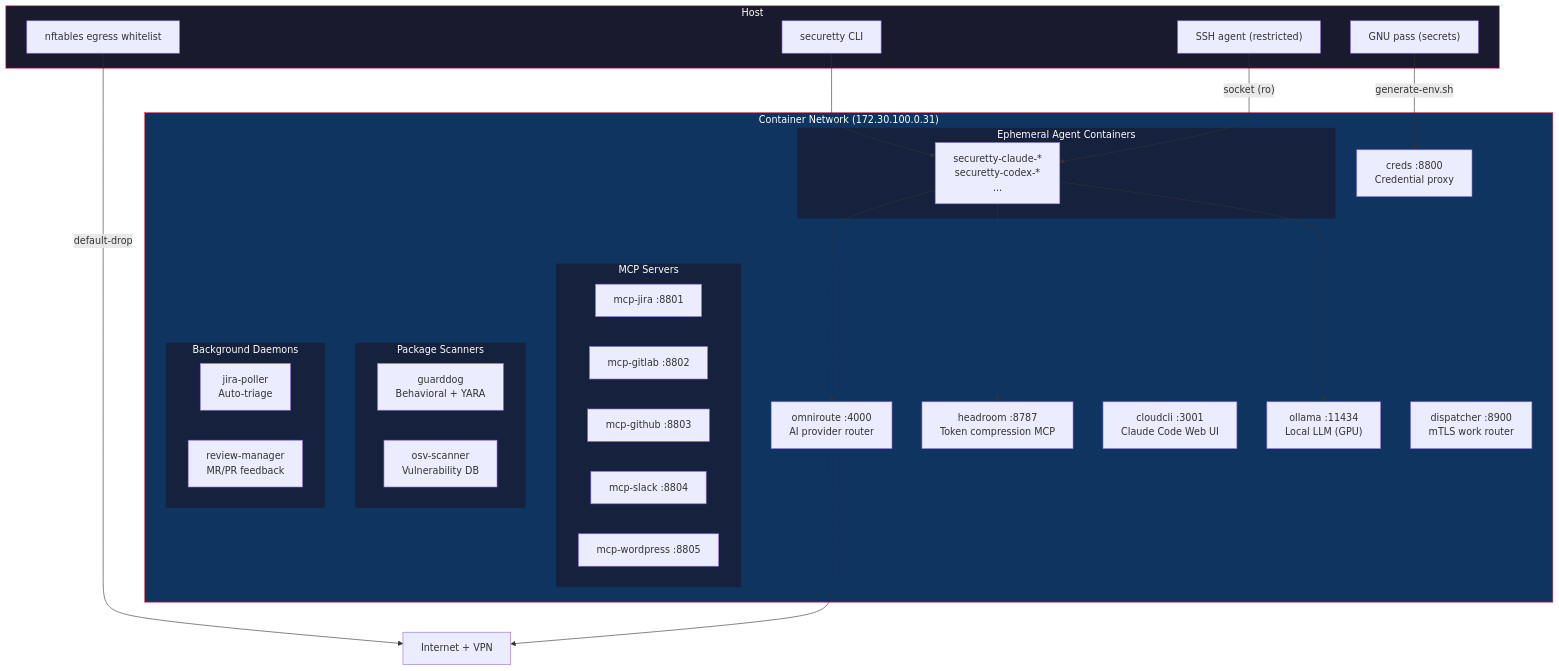
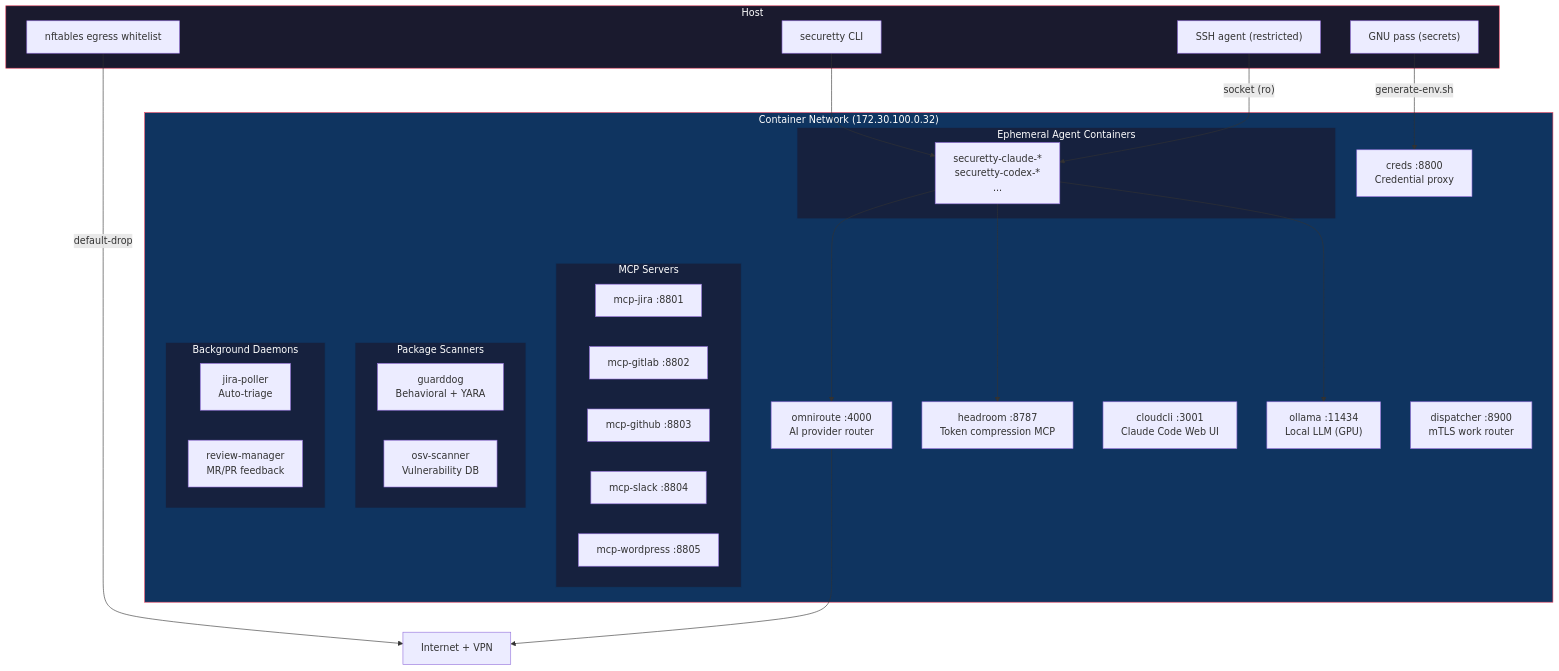
Before and after one commit to dmzoneill/securetty: the first of 2 diagrams in README.md, drawn with Mermaid. The commit also changed 1 other file, not shown here.

Commit message:
chore: bump version to v0.0.32

````diff
--- a/README.md
+++ b/README.md
@@ -7,58 +7,58 @@
 ```mermaid
 graph TD
     Internet["Internet + VPN"]
 
     subgraph host["Host"]
         CLI["securetty CLI"]
         SSHAgent["SSH agent (restricted)"]
         Pass["GNU pass (secrets)"]
         Egress["nftables egress whitelist"]
     end
 
-    subgraph network["Container Network (172.30.100.0.31)"]
+    subgraph network["Container Network (172.30.100.0.32)"]
         OmniRoute["omniroute :4000\nAI provider router"]
         Headroom["headroom :8787\nToken compression MCP"]
         CloudCLI["cloudcli :3001\nClaude Code Web UI"]
         Ollama["ollama :11434\nLocal LLM (GPU)"]
         Creds["creds :8800\nCredential proxy"]
         Dispatcher["dispatcher :8900\nmTLS work router"]
 
         subgraph mcp["MCP Servers"]
             Jira["mcp-jira :8801"]
             GitLab["mcp-gitlab :8802"]
             GitHub["mcp-github :8803"]
             Slack["mcp-slack :8804"]
             WordPress["mcp-wordpress :8805"]
         end
 
         subgraph scanners["Package Scanners"]
             GuardDog["guarddog\nBehavioral + YARA"]
             OSV["osv-scanner\nVulnerability DB"]
         end
 
         subgraph agents["Ephemeral Agent Containers"]
             Dev["securetty-claude-*\nsecuretty-codex-*\n..."]
         end
 
         subgraph daemons["Background Daemons"]
             JiraPoller["jira-poller\nAuto-triage"]
             ReviewMgr["review-manager\nMR/PR feedback"]
         end
     end
 
     CLI --> Dev
     Pass -->|"generate-env.sh"| Creds
     SSHAgent -->|"socket (ro)"| Dev
     Egress -->|"default-drop"| Internet
     Dev --> OmniRoute
     Dev --> Headroom
     Dev --> Ollama
     OmniRoute --> Internet
 
     style network fill:#0f3460,stroke:#e94560,color:#fff
     style host fill:#1a1a2e,stroke:#e94560,color:#fff
     style mcp fill:#16213e,stroke:#0f3460,color:#fff
     style scanners fill:#16213e,stroke:#0f3460,color:#fff
     style agents fill:#16213e,stroke:#0f3460,color:#fff
     style daemons fill:#16213e,stroke:#0f3460,color:#fff
 ```
````
